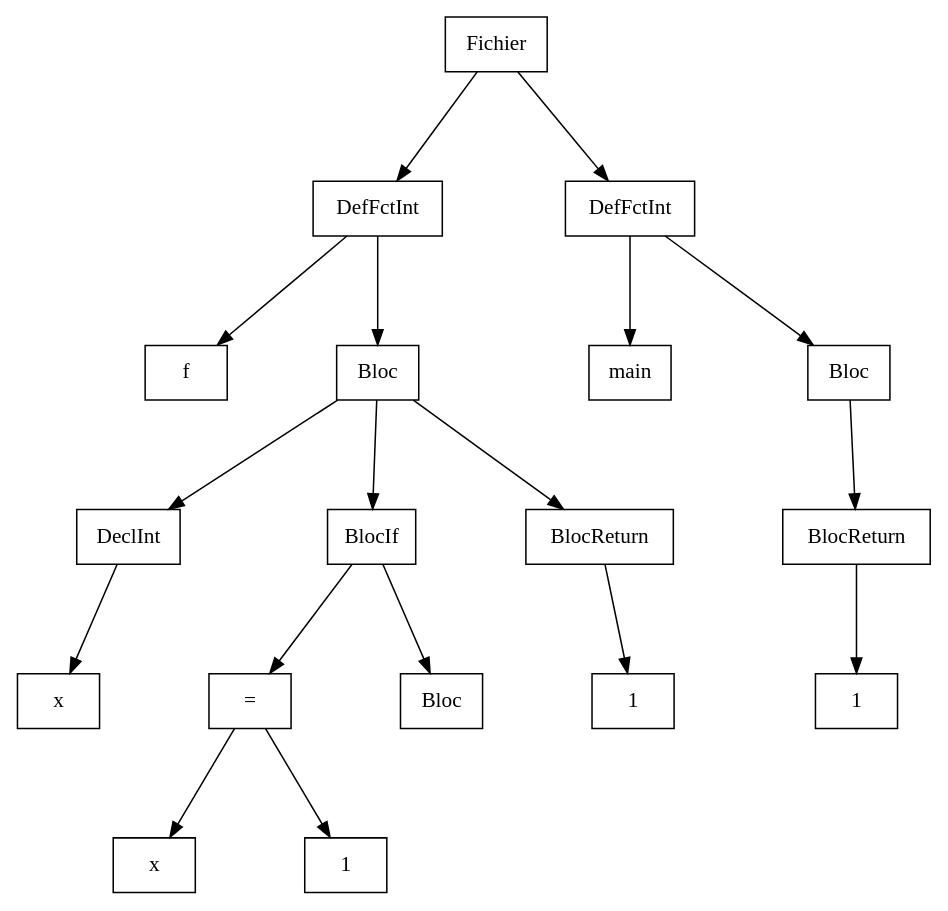
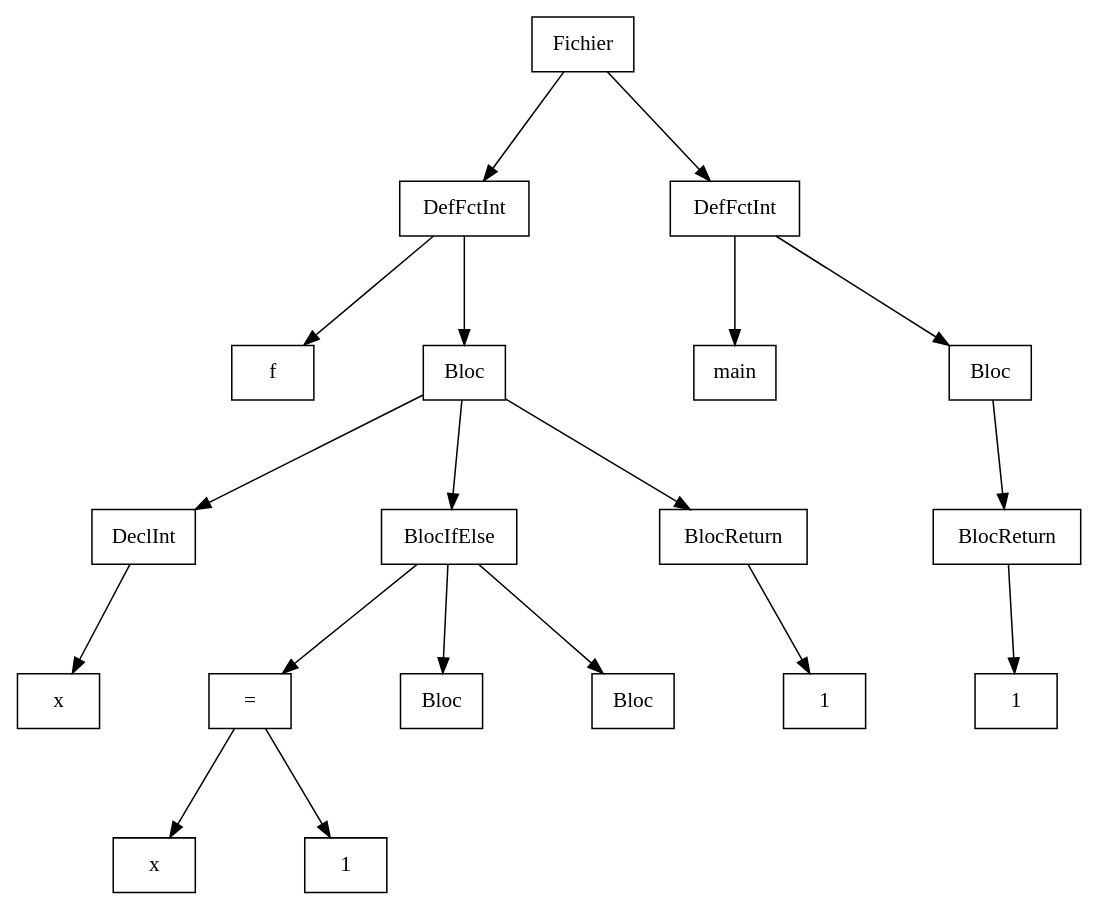
One commit to Hamza-ABDOULHOUSSEN/compil changed the diagram in Code/out/ast/dot/Test_Erreur_Semantique/cond2Y.dot. Above: the diagram before and after it, drawn with Graphviz. The commit also changed 43 other files, not shown here.

```diff
--- a/Code/out/ast/dot/Test_Erreur_Semantique/cond2Y.dot
+++ b/Code/out/ast/dot/Test_Erreur_Semantique/cond2Y.dot
@@ -1,42 +1,44 @@
 digraph "ast"{
 
 	nodesep=1;
 	ranksep=1;
 
 	N0 [label="Fichier", shape="box"];
 	N1 [label="DefFctInt", shape="box"];
 	N2 [label="f", shape="box"];
 	N3 [label="Bloc", shape="box"];
 	N4 [label="DeclInt", shape="box"];
 	N5 [label="x", shape="box"];
-	N6 [label="BlocIf", shape="box"];
+	N6 [label="BlocIfElse", shape="box"];
 	N7 [label="=", shape="box"];
 	N8 [label="x", shape="box"];
 	N9 [label="1", shape="box"];
 	N10 [label="Bloc", shape="box"];
-	N11 [label="BlocReturn", shape="box"];
-	N12 [label="1", shape="box"];
-	N13 [label="DefFctInt", shape="box"];
-	N14 [label="main", shape="box"];
-	N15 [label="Bloc", shape="box"];
-	N16 [label="BlocReturn", shape="box"];
-	N17 [label="1", shape="box"];
+	N11 [label="Bloc", shape="box"];
+	N12 [label="BlocReturn", shape="box"];
+	N13 [label="1", shape="box"];
+	N14 [label="DefFctInt", shape="box"];
+	N15 [label="main", shape="box"];
+	N16 [label="Bloc", shape="box"];
+	N17 [label="BlocReturn", shape="box"];
+	N18 [label="1", shape="box"];
 
 	N1 -> N2; 
 	N4 -> N5; 
 	N3 -> N4; 
 	N7 -> N8; 
 	N7 -> N9; 
 	N6 -> N7; 
 	N6 -> N10; 
+	N6 -> N11; 
 	N3 -> N6; 
-	N11 -> N12; 
-	N3 -> N11; 
+	N12 -> N13; 
+	N3 -> N12; 
 	N1 -> N3; 
 	N0 -> N1; 
-	N13 -> N14; 
+	N14 -> N15; 
+	N17 -> N18; 
 	N16 -> N17; 
-	N15 -> N16; 
-	N13 -> N15; 
-	N0 -> N13; 
+	N14 -> N16; 
+	N0 -> N14; 
 }
```
